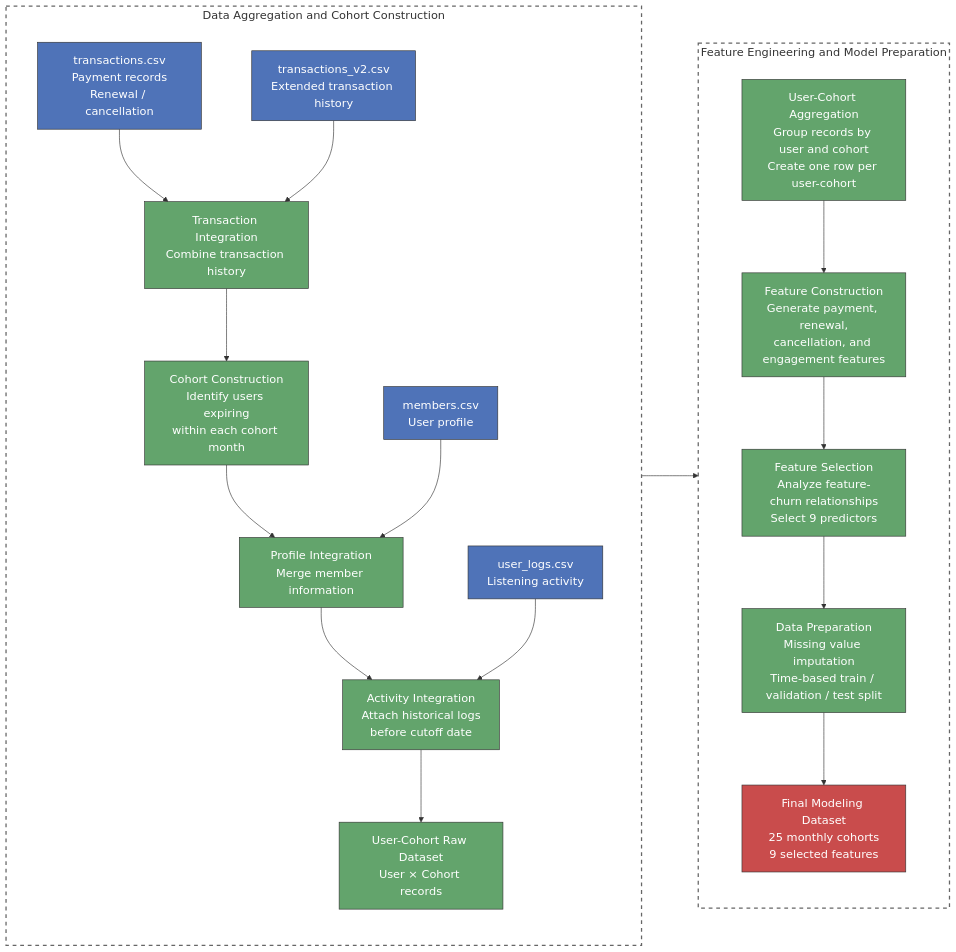
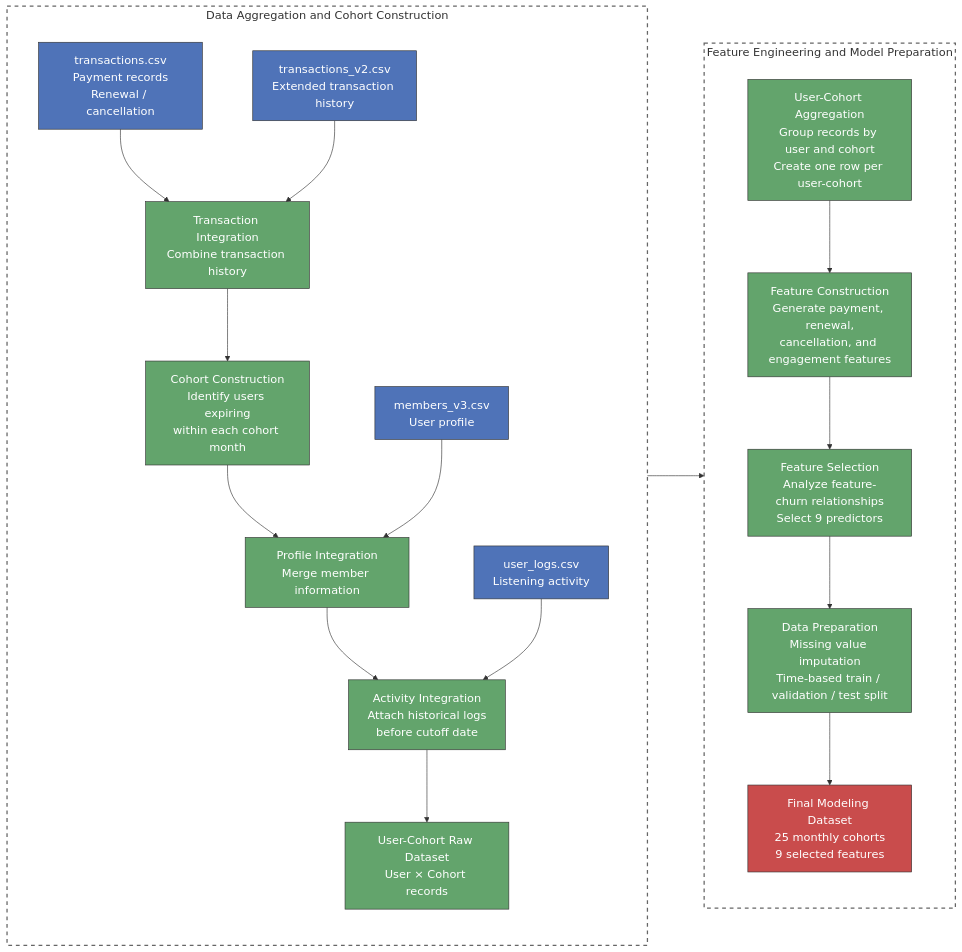
Before and after one commit to linxinliu241/kkbox-churn-project: the second of 2 diagrams in README.md, drawn with Mermaid. The commit also changed other lines of this file, not shown here.

```diff
--- a/README.md
+++ b/README.md
@@ -224,7 +224,7 @@
 
 B["transactions_v2.csv<br/>Extended transaction history"]
 
-C["members.csv<br/>User profile"]
+C["members_v3.csv<br/>User profile"]
 
 D["user_logs.csv<br/>Listening activity"]
 
```
